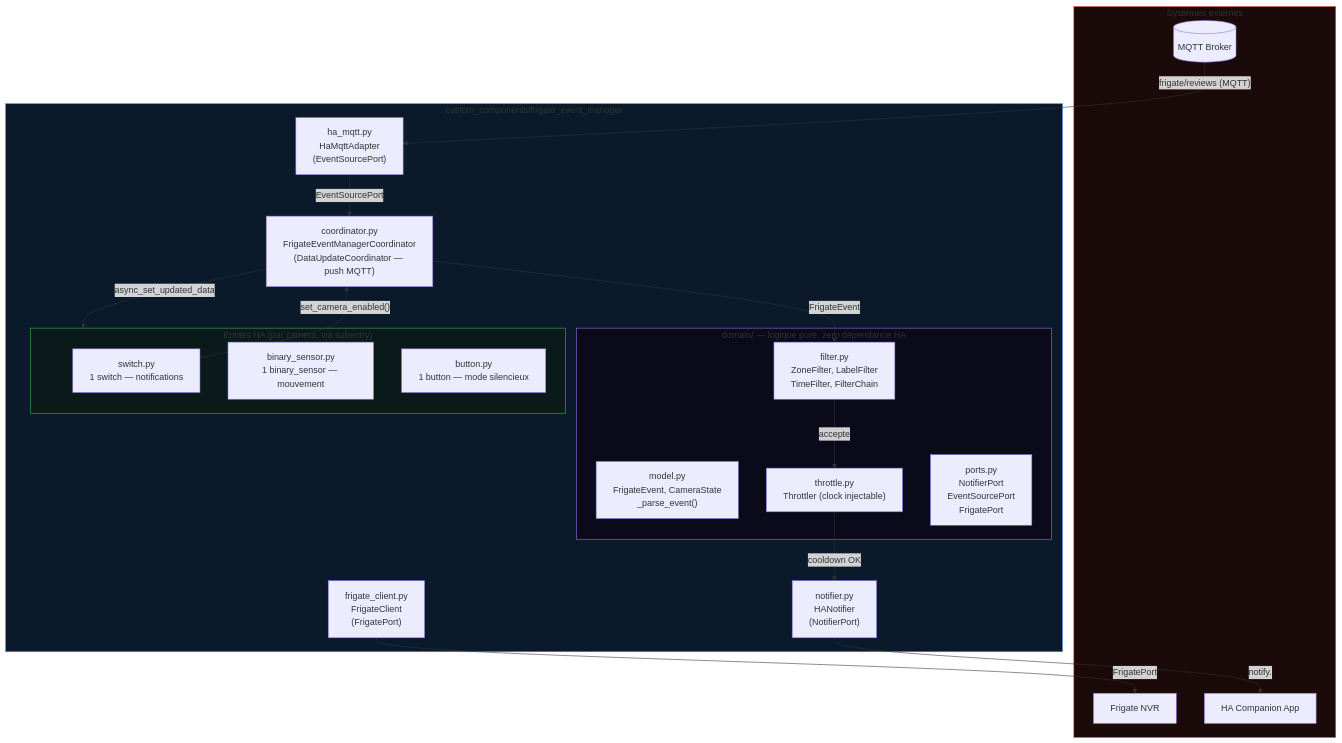
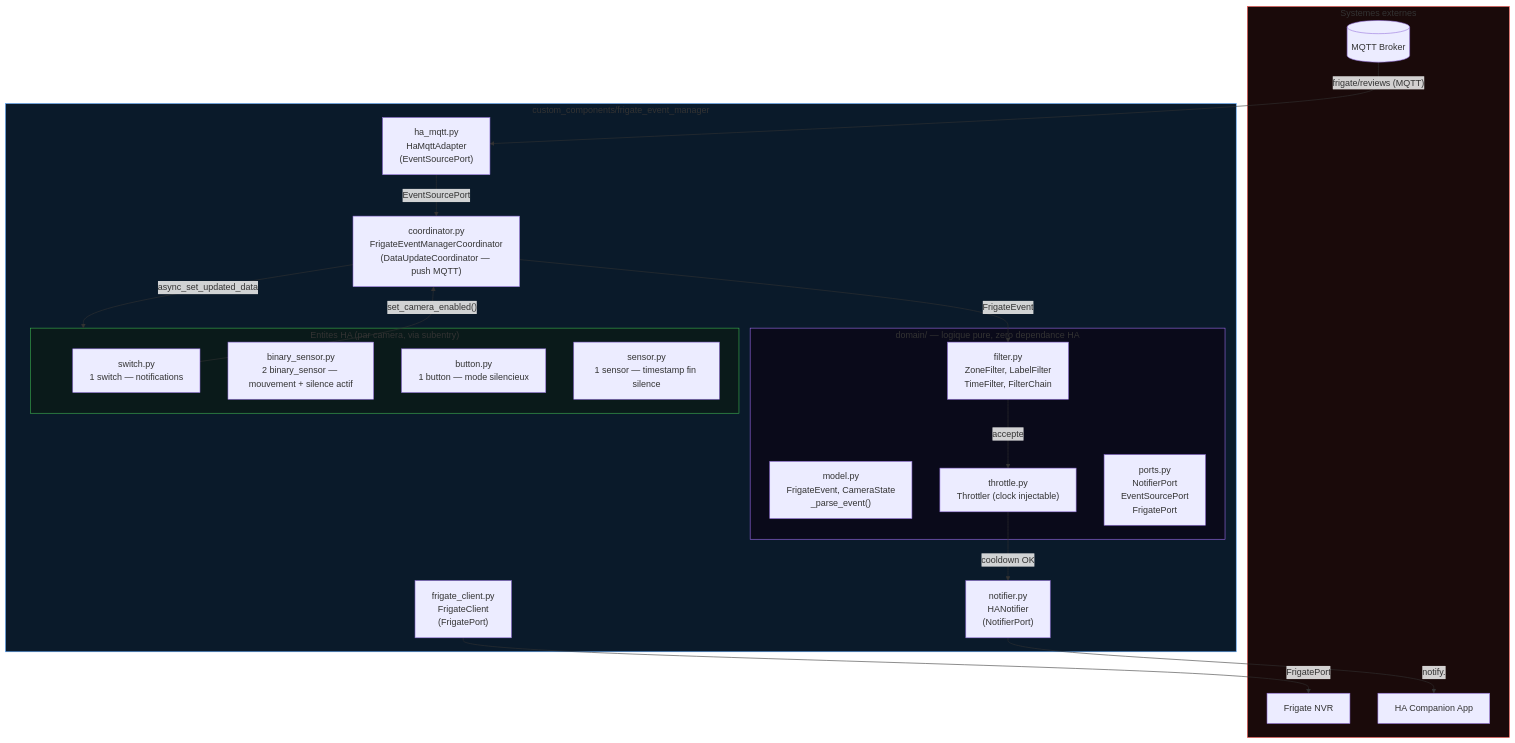
The first of 4 diagrams in docs/architecture.md (trowaflo/frigate-event-manager), drawn with Mermaid before and after one commit. The commit also changed other lines of this file and 2 other files, not shown here.

Commit message:
fix: nettoyer Store HA sur suppression subentry + architecture.md SilentUntilSensor

````diff
--- a/docs/architecture.md
+++ b/docs/architecture.md
@@ -8,43 +8,44 @@
 ```mermaid
 graph TB
     subgraph External["Systemes externes"]
         BROKER[("MQTT Broker")]
         FRIGATE["Frigate NVR"]
         HA_NOTIFY["HA Companion App"]
     end
 
     subgraph Integration["custom_components/frigate_event_manager"]
         subgraph Domain["domain/ — logique pure, zero dependance HA"]
             MODEL["model.py\nFrigateEvent, CameraState\n_parse_event()"]
             FILTER_D["filter.py\nZoneFilter, LabelFilter\nTimeFilter, FilterChain"]
             THROTTLE_D["throttle.py\nThrottler (clock injectable)"]
             PORTS["ports.py\nNotifierPort\nEventSourcePort\nFrigatePort"]
         end
 
         COORD["coordinator.py\nFrigateEventManagerCoordinator\n(DataUpdateCoordinator — push MQTT)"]
         HAMQTT["ha_mqtt.py\nHaMqttAdapter\n(EventSourcePort)"]
         NOTIFIER["notifier.py\nHANotifier\n(NotifierPort)"]
         CLIENT["frigate_client.py\nFrigateClient\n(FrigatePort)"]
 
         subgraph Entities["Entites HA (par camera, via subentry)"]
             SWITCH["switch.py\n1 switch — notifications"]
-            BINSENSOR["binary_sensor.py\n1 binary_sensor — mouvement"]
+            BINSENSOR["binary_sensor.py\n2 binary_sensor — mouvement + silence actif"]
             BUTTON["button.py\n1 button — mode silencieux"]
+            SENSOR["sensor.py\n1 sensor — timestamp fin silence"]
         end
     end
 
     BROKER -->|"frigate/reviews (MQTT)"| HAMQTT
     HAMQTT -->|"EventSourcePort"| COORD
     COORD -->|FrigateEvent| FILTER_D
     FILTER_D -->|accepte| THROTTLE_D
     THROTTLE_D -->|cooldown OK| NOTIFIER
     NOTIFIER -->|"notify.<target>"| HA_NOTIFY
     COORD -->|async_set_updated_data| Entities
     SWITCH -->|"set_camera_enabled()"| COORD
     CLIENT -->|"FrigatePort"| FRIGATE
 
     style External fill:#1a0a0a,stroke:#f85149
     style Integration fill:#0a1a2a,stroke:#58a6ff
     style Domain fill:#0a0a1a,stroke:#a371f7
     style Entities fill:#0a1a1a,stroke:#3fb950
 ```
````
